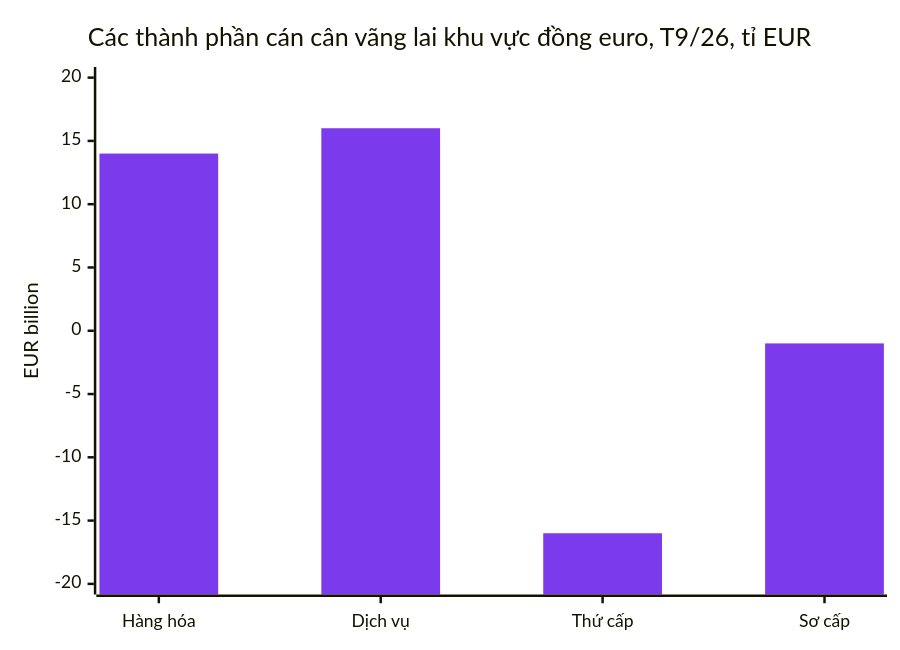
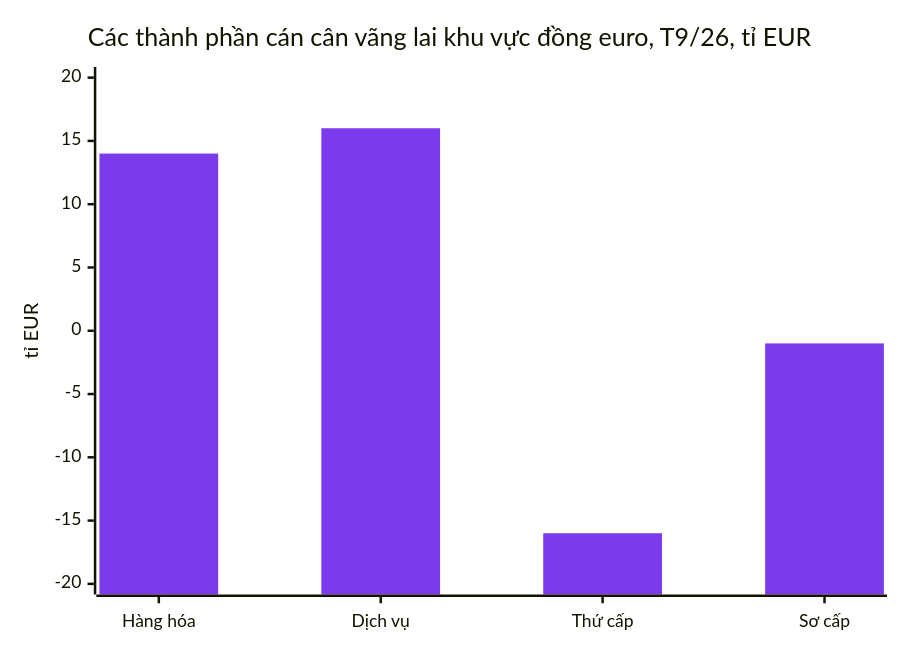
One commit to dureach/research changed the sixth of 15 diagrams in Global-Trade-Intelligence-weekly-2026-11-23/index.vi.md. Above: the diagram before and after it, drawn with Mermaid. The commit also changed other lines of this file and 5 other files, not shown here.

````diff
--- a/Global-Trade-Intelligence-weekly-2026-11-23/index.vi.md
+++ b/Global-Trade-Intelligence-weekly-2026-11-23/index.vi.md
@@ -436,8 +436,8 @@
 ```mermaid
 %%{init: {'theme': 'base', 'themeVariables': {'xyChart': {'plotColorPalette': '#7c3aed'}}}}%%
 xychart-beta
     title "Các thành phần cán cân vãng lai khu vực đồng euro, T9/26, tỉ EUR"
     x-axis ["Hàng hóa", "Dịch vụ", "Thứ cấp", "Sơ cấp"]
-    y-axis "EUR billion" -20 --> 20
+    y-axis "tỉ EUR" -20 --> 20
     bar [14, 16, -16, -1]
 ```
````
